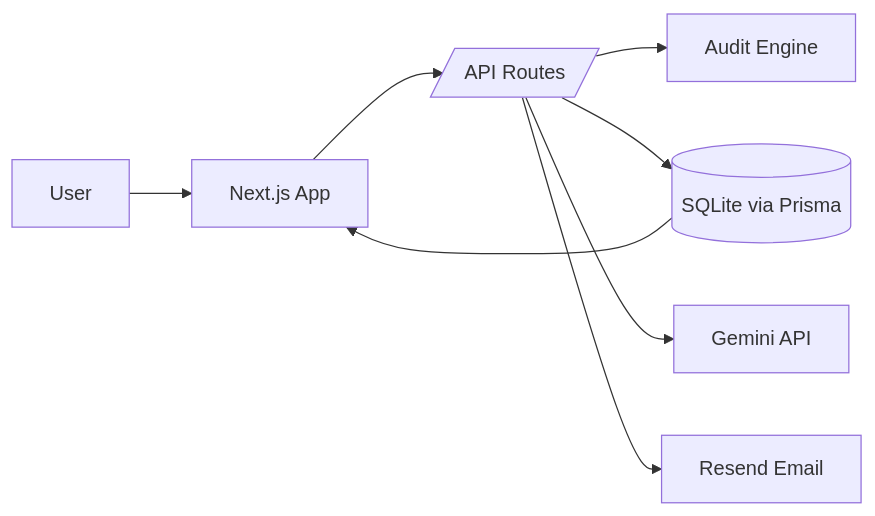
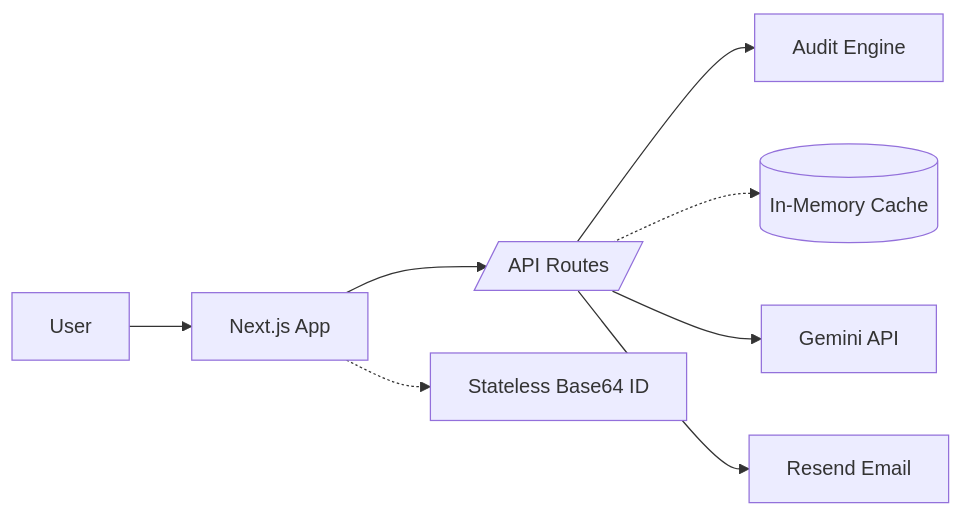
Before and after one commit to vikassalgude/stack-audit: the diagram in ARCHITECTURE.md, drawn with Mermaid. The commit also changed other lines of this file and 9 other files, not shown here.

Commit message:
feat: implement stateless audit architecture with Base64 encoding and finalize project documentation.

````diff
--- a/ARCHITECTURE.md
+++ b/ARCHITECTURE.md
@@ -4,10 +4,10 @@
 ```mermaid
 flowchart LR
   U[User] --> UI[Next.js App]
   UI --> API[/API Routes/]
   API --> AE[Audit Engine]
-  API --> DB[(SQLite via Prisma)]
+  API -.-> DB[(In-Memory Cache)]
   API --> LLM[Gemini API]
   API --> Email[Resend Email]
-  DB --> UI
+  UI -.-> State[Stateless Base64 ID]
 ```
````
